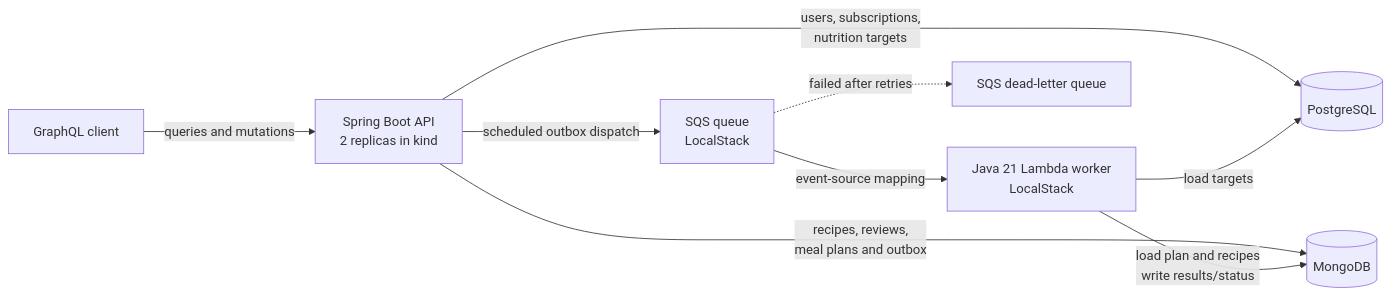
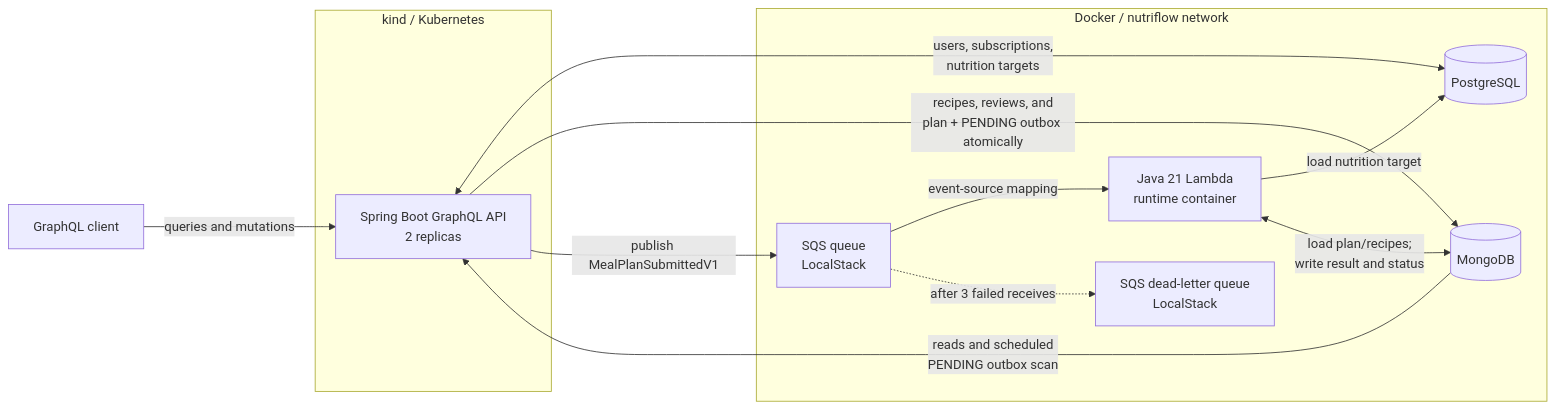
Before and after one commit to Maheshchandra09/nutriflow: the diagram in README.md, drawn with Mermaid. The commit also changed other lines of this file and 6 other files, not shown here.

````diff
--- a/README.md
+++ b/README.md
@@ -29,11 +29,26 @@
 ```mermaid
 flowchart LR
-    C[GraphQL client] -->|queries and mutations| API[Spring Boot API<br/>2 replicas in kind]
-    API -->|users, subscriptions,<br/>nutrition targets| PG[(PostgreSQL)]
-    API -->|recipes, reviews,<br/>meal plans and outbox| MDB[(MongoDB)]
-    API -->|scheduled outbox dispatch| SQS[SQS queue<br/>LocalStack]
-    SQS -->|event-source mapping| L[Java 21 Lambda worker<br/>LocalStack]
-    L -->|load targets| PG
-    L -->|load plan and recipes<br/>write results/status| MDB
-    SQS -. failed after retries .-> DLQ[SQS dead-letter queue]
+    C[GraphQL client]
+
+    subgraph K8S[kind / Kubernetes]
+        API[Spring Boot GraphQL API<br/>2 replicas]
+    end
+
+    subgraph DOCKER[Docker / nutriflow network]
+        PG[(PostgreSQL)]
+        MDB[(MongoDB)]
+        SQS[SQS queue<br/>LocalStack]
+        DLQ[SQS dead-letter queue<br/>LocalStack]
+        L[Java 21 Lambda<br/>runtime container]
+    end
+
+    C -->|queries and mutations| API
+    API <-->|users, subscriptions,<br/>nutrition targets| PG
+    API -->|recipes, reviews, and<br/>plan + PENDING outbox atomically| MDB
+    MDB -->|reads and scheduled<br/>PENDING outbox scan| API
+    API -->|publish MealPlanSubmittedV1| SQS
+    SQS -->|event-source mapping| L
+    L -->|load nutrition target| PG
+    L <-->|load plan/recipes;<br/>write result and status| MDB
+    SQS -. after 3 failed receives .-> DLQ
 ```
````
